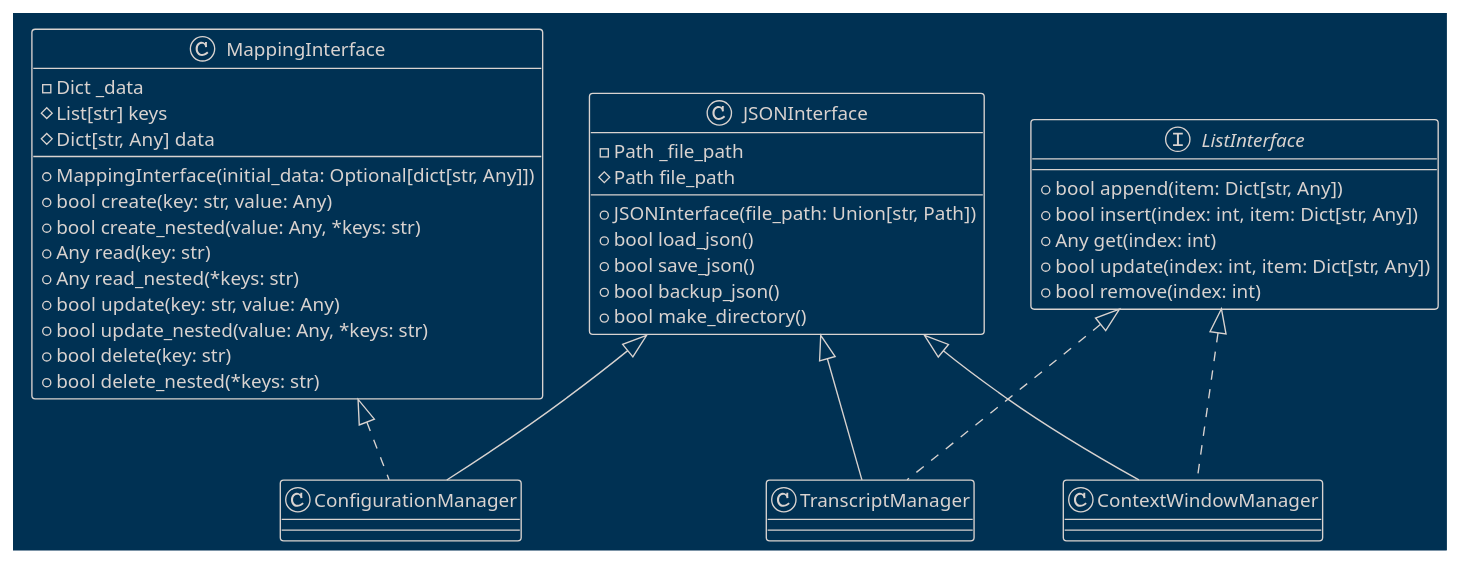
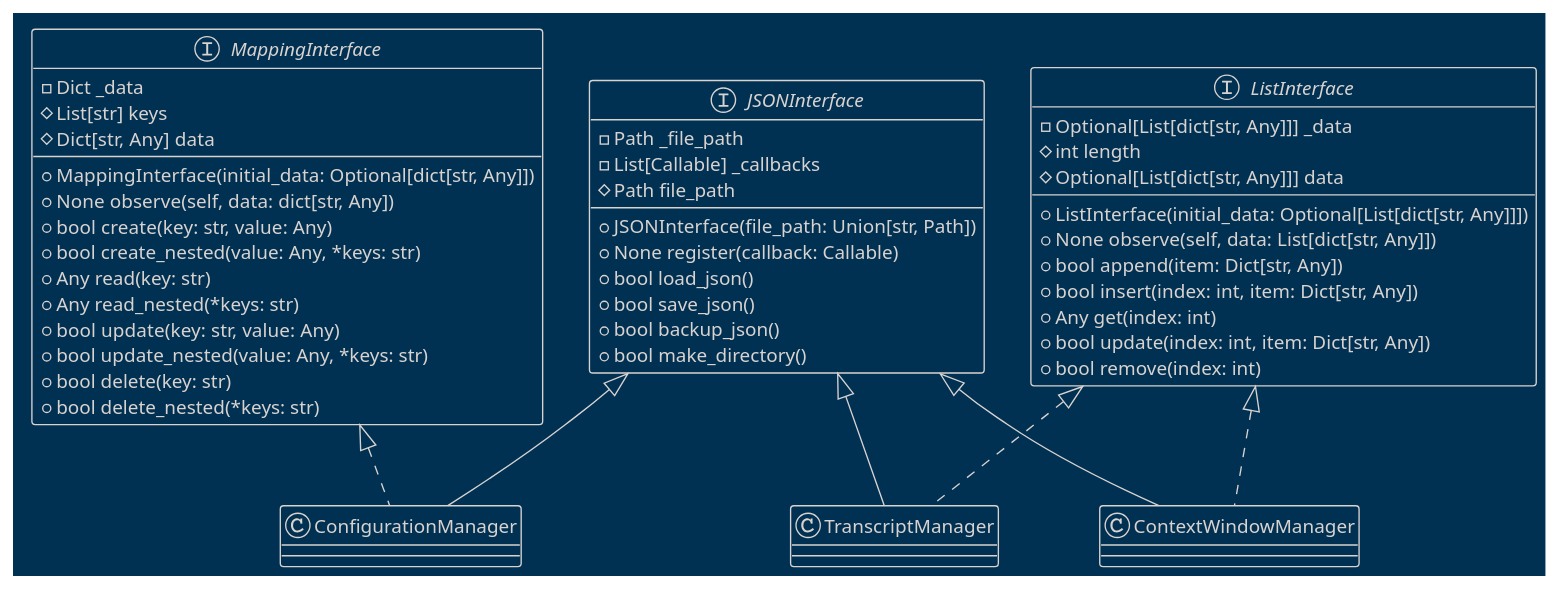
One commit to teleprint-me/py.gpt.prompt changed the diagram in docs/diagrams/plantuml/json_interface.puml. Above: the diagram before and after it, drawn with PlantUML.

Commit message:
docs: Apply callback observer pattern to JSONInterface

```diff
--- a/docs/diagrams/plantuml/json_interface.puml
+++ b/docs/diagrams/plantuml/json_interface.puml
@@ -1,49 +1,56 @@
 @startuml JSONInterface
 !theme blueprint
 
-class JSONInterface {
+interface JSONInterface {
     - Path _file_path
+    - List[Callable] _callbacks
     + JSONInterface(file_path: Union[str, Path])
     # Path file_path
+    + None register(callback: Callable)
     + bool load_json()
     + bool save_json()
     + bool backup_json()
     + bool make_directory()
 }
 
-class MappingInterface {
+interface ListInterface {
+    - Optional[List[dict[str, Any]]] _data
+    + ListInterface(initial_data: Optional[List[dict[str, Any]]])
+    # int length
+    # Optional[List[dict[str, Any]]] data
+    + None observe(self, data: List[dict[str, Any]])
+    + bool append(item: Dict[str, Any])
+    + bool insert(index: int, item: Dict[str, Any])
+    + Any get(index: int)
+    + bool update(index: int, item: Dict[str, Any])
+    + bool remove(index: int)
+}
+
+interface MappingInterface {
     - Dict _data
     + MappingInterface(initial_data: Optional[dict[str, Any]])
     # List[str] keys
     # Dict[str, Any] data
+    + None observe(self, data: dict[str, Any])
     + bool create(key: str, value: Any)
     + bool create_nested(value: Any, *keys: str)
     + Any read(key: str)
     + Any read_nested(*keys: str)
     + bool update(key: str, value: Any)
     + bool update_nested(value: Any, *keys: str)
     + bool delete(key: str)
     + bool delete_nested(*keys: str)
 }
 
 class ConfigurationManager
 JSONInterface <|-- ConfigurationManager
 MappingInterface <|.. ConfigurationManager
 
 class ContextWindowManager
 JSONInterface <|-- ContextWindowManager
 ListInterface <|.. ContextWindowManager
 
 class TranscriptManager
 JSONInterface <|-- TranscriptManager
 ListInterface <|.. TranscriptManager
-
-interface ListInterface {
-    + bool append(item: Dict[str, Any])
-    + bool insert(index: int, item: Dict[str, Any])
-    + Any get(index: int)
-    + bool update(index: int, item: Dict[str, Any])
-    + bool remove(index: int)
-}
-
 @enduml
```
